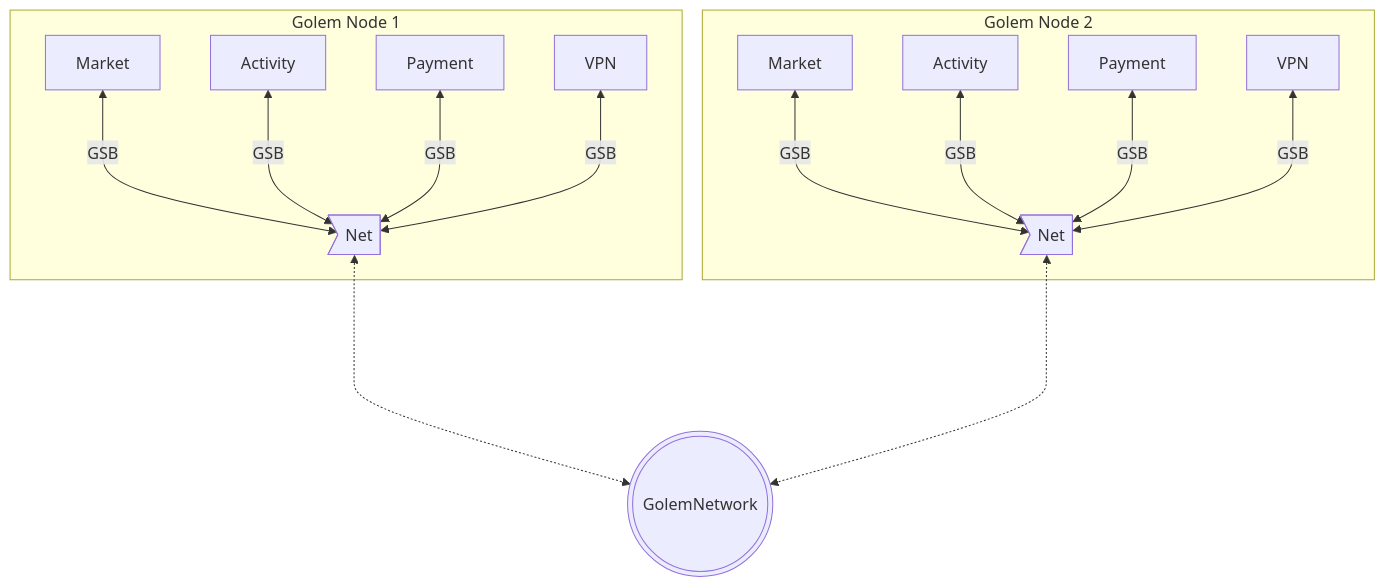
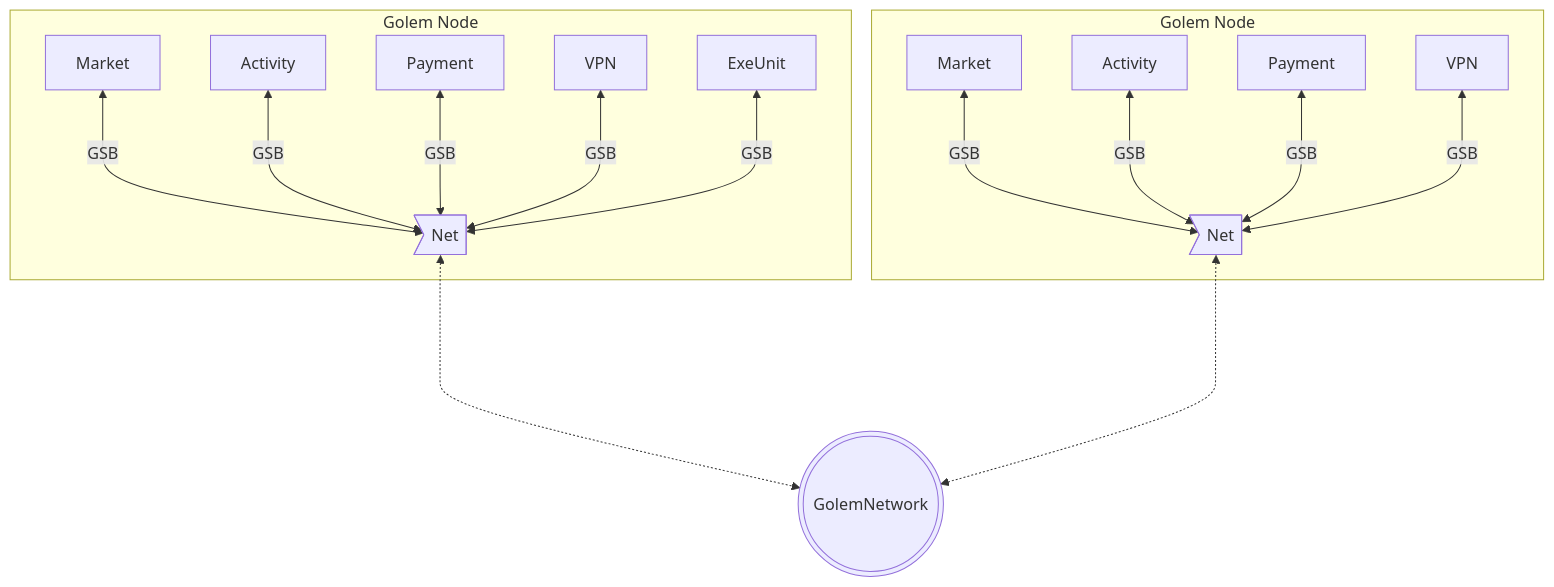
Before and after one commit to golemfactory/golem-architecture: the third of 6 diagrams in arch-snapshot/arch.md, drawn with Mermaid. The commit also changed other lines of this file, not shown here.

````diff
--- a/arch-snapshot/arch.md
+++ b/arch-snapshot/arch.md
@@ -444,22 +444,23 @@
 ```mermaid
 flowchart TB
   GolemNetwork(((GolemNetwork)))
   
-  subgraph Node1[Golem Node 1]
+  subgraph Node1[Golem Node]
       Net1>Net]
       Market1[Market] <--->|GSB| Net1
       Activity1[Activity] <--->|GSB| Net1
       Payment1[Payment] <--->|GSB| Net1
       VPN1[VPN] <--->|GSB| Net1
+      ExeUnit1[ExeUnit] <--->|GSB| Net1
   end
   Net1 <-...-> GolemNetwork
   
-  subgraph Node2[Golem Node 2]
+  subgraph Node2[Golem Node]
     Net2>Net]
     Market2[Market] <--->|GSB| Net2
     Activity2[Activity] <--->|GSB| Net2
     Payment2[Payment] <--->|GSB| Net2
     VPN2[VPN] <--->|GSB| Net2
   end
   Net2 <-...-> GolemNetwork
 ```
````
